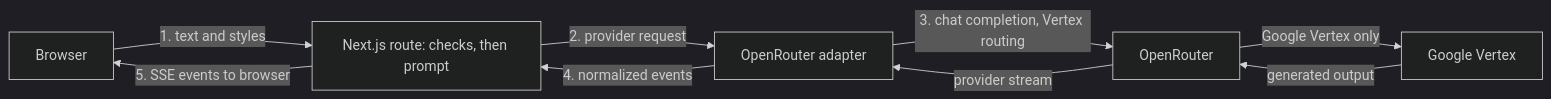
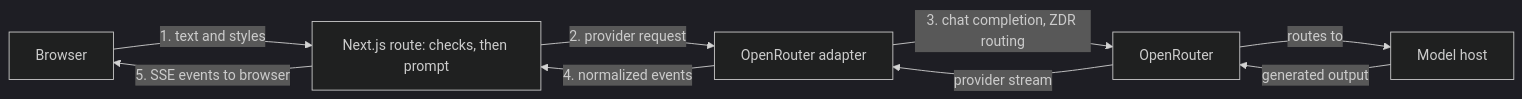
Before and after one commit to edumarcano/mimus: the diagram in README.md, drawn with Mermaid (dark theme). The commit also changed other lines of this file and 15 other files, not shown here.

First line of the commit message:
docs: disclose safety retention while preserving zdr routing

````diff
--- a/README.md
+++ b/README.md
@@ -40,11 +40,11 @@
 ```mermaid
 flowchart LR
   Browser -->|"1. text and styles"| Route["Next.js route: checks, then prompt"]
   Route -->|"2. provider request"| Adapter["OpenRouter adapter"]
-  Adapter -->|"3. chat completion, Vertex routing"| OpenRouter["OpenRouter"]
-  OpenRouter -->|"Google Vertex only"| Host["Google Vertex"]
+  Adapter -->|"3. chat completion, ZDR routing"| OpenRouter["OpenRouter"]
+  OpenRouter -->|"routes to"| Host["Model host"]
   Host -->|"generated output"| OpenRouter
   OpenRouter -->|"provider stream"| Adapter
   Adapter -->|"4. normalized events"| Route
   Route -->|"5. SSE events to browser"| Browser
 ```
````
